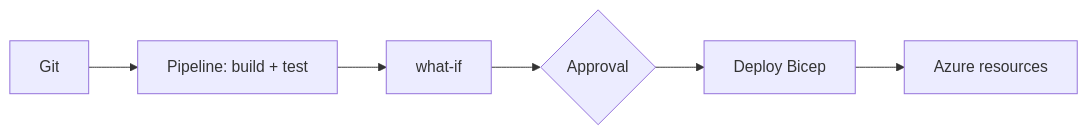
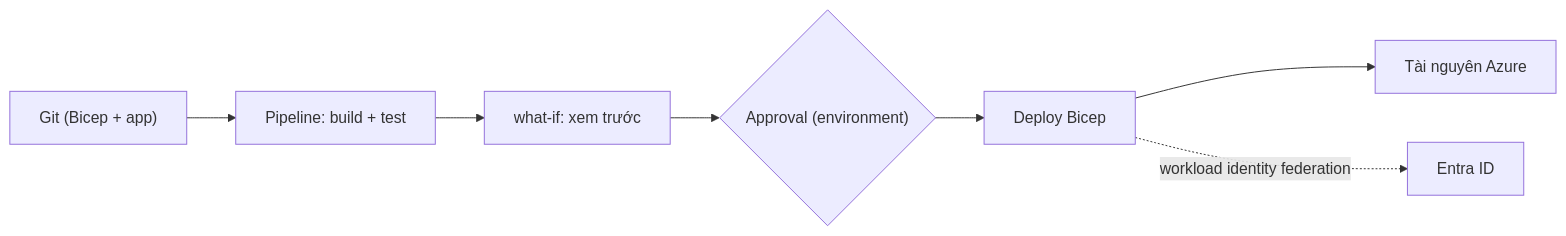
One commit to passion-Infinity/personal-tech-playbook changed the diagram in src/assets/knowledge/playbooks/azure/azure-devops-bicep-iac.md. Above: the diagram before and after it, drawn with Mermaid. The commit also changed other lines of this file and 6 other files, not shown here.

First line of the commit message:
Deep-dive rewrite: Azure SQL/Cosmos, messaging, DevOps/Bicep, data platform, security, hybrid

````diff
--- a/src/assets/knowledge/playbooks/azure/azure-devops-bicep-iac.md
+++ b/src/assets/knowledge/playbooks/azure/azure-devops-bicep-iac.md
@@ -26,4 +49,8 @@
 ```mermaid
 flowchart LR
-    GIT[Git] --> CI["Pipeline: build + test"] --> WI["what-if"] --> APR{Approval} --> DEP["Deploy Bicep"] --> AZ["Azure resources"]
+    GIT["Git (Bicep + app)"] --> CI["Pipeline: build + test"]
+    CI --> WI["what-if: xem trước"]
+    WI --> APR{"Approval (environment)"}
+    APR --> DEP["Deploy Bicep"] --> AZ["Tài nguyên Azure"]
+    DEP -.->|"workload identity federation"| ENTRA["Entra ID"]
 ```
````
